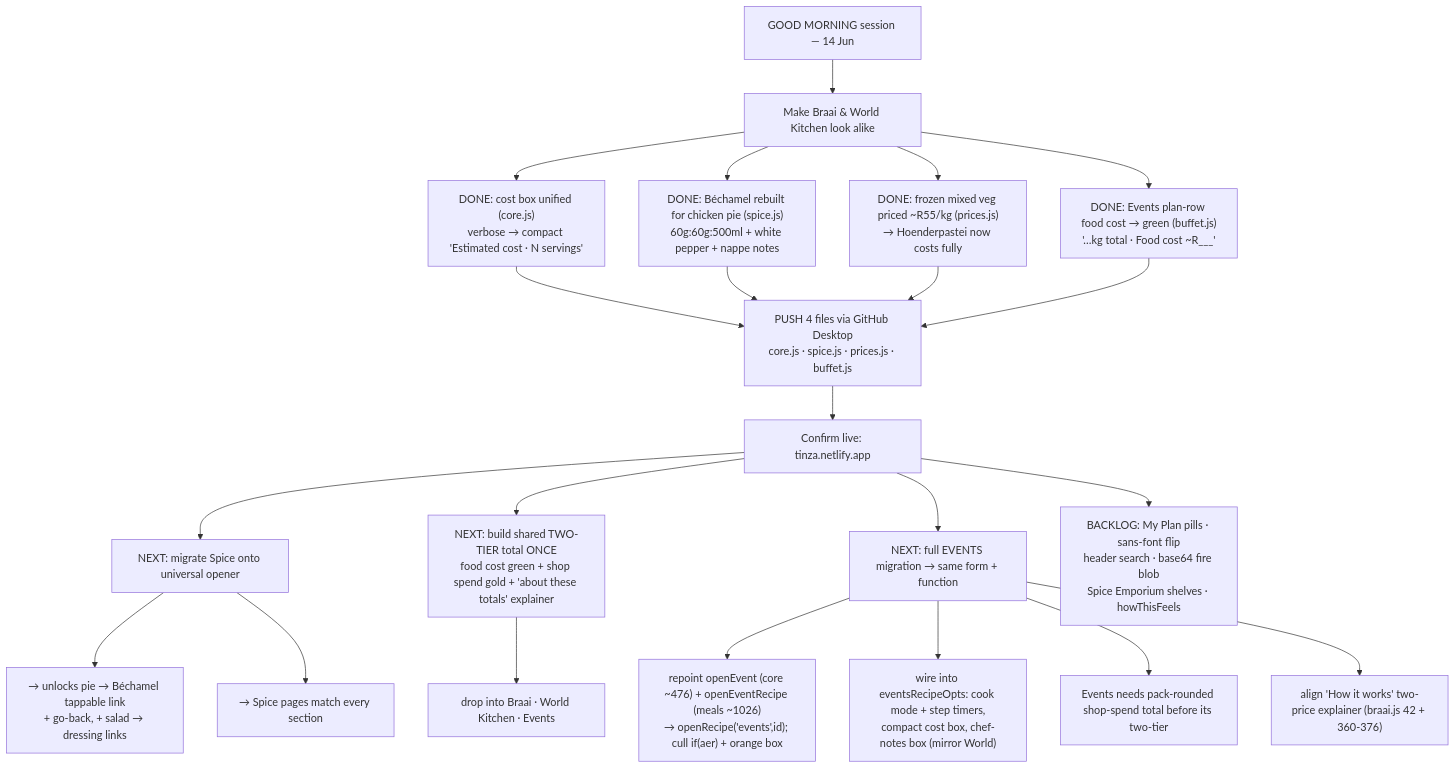
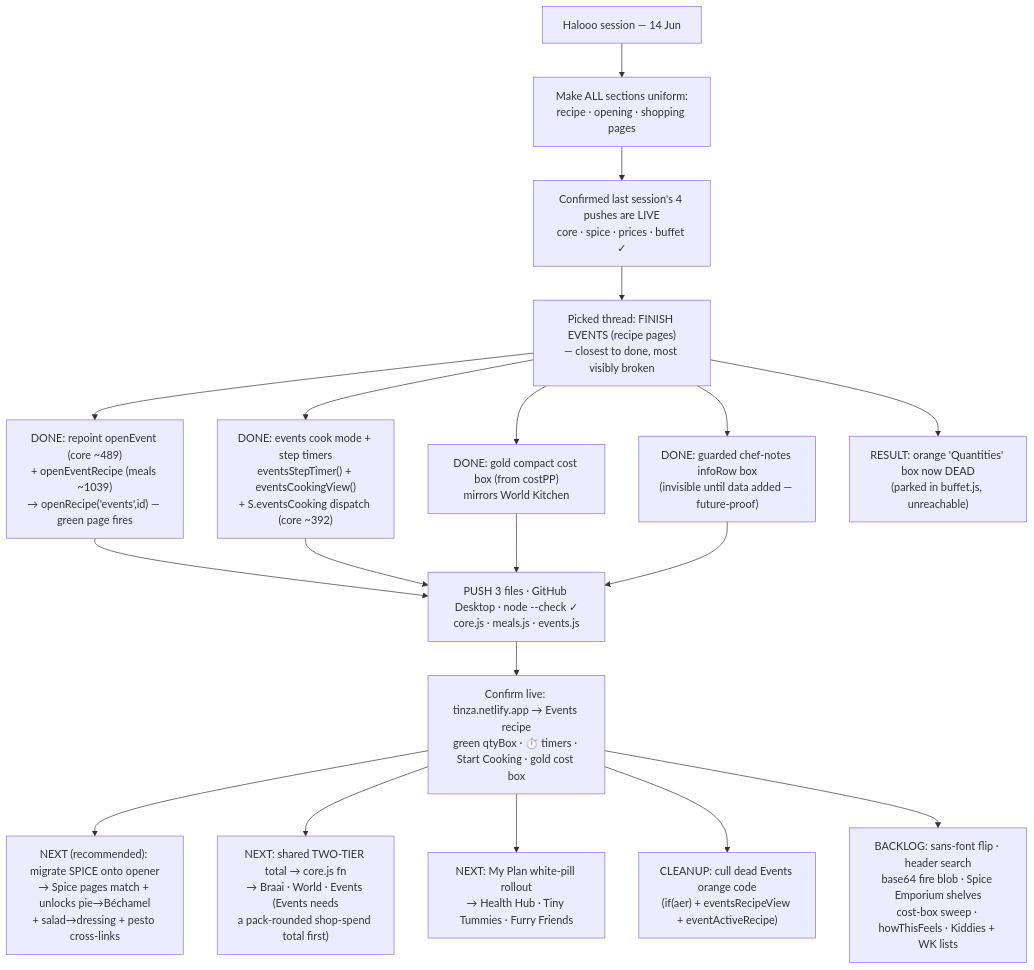
The diagram in TINZA_HANDOFF.md (tinavdw/tinza), drawn with Mermaid before and after one commit. The commit also changed other lines of this file and 3 other files, not shown here.

````diff
--- a/TINZA_HANDOFF.md
+++ b/TINZA_HANDOFF.md
@@ -83,31 +69,25 @@
 ```mermaid
 flowchart TD
-    A["GOOD MORNING session — 14 Jun"] --> B["Make Braai & World Kitchen look alike"]
+    A["Halooo session — 14 Jun"] --> B["Make ALL sections uniform:<br/>recipe · opening · shopping pages"]
+    B --> CHK["Confirmed last session's 4 pushes are LIVE<br/>core · spice · prices · buffet ✓"]
+    CHK --> PICK["Picked thread: FINISH EVENTS (recipe pages)<br/>— closest to done, most visibly broken"]
 
-    B --> C["DONE: cost box unified (core.js)<br/>verbose → compact 'Estimated cost · N servings'"]
-    B --> D["DONE: Béchamel rebuilt for chicken pie (spice.js)<br/>60g:60g:500ml + white pepper + nappe notes"]
-    B --> E["DONE: frozen mixed veg priced ~R55/kg (prices.js)<br/>→ Hoenderpastei now costs fully"]
+    PICK --> D1["DONE: repoint openEvent (core ~489)<br/>+ openEventRecipe (meals ~1039)<br/>→ openRecipe('events',id) — green page fires"]
+    PICK --> D2["DONE: events cook mode + step timers<br/>eventsStepTimer() + eventsCookingView()<br/>+ S.eventsCooking dispatch (core ~392)"]
+    PICK --> D3["DONE: gold compact cost box (from costPP)<br/>mirrors World Kitchen"]
+    PICK --> D4["DONE: guarded chef-notes infoRow box<br/>(invisible until data added — future-proof)"]
+    PICK --> D5["RESULT: orange 'Quantities' box now DEAD<br/>(parked in buffet.js, unreachable)"]
 
-    P["PUSH 4 files via GitHub Desktop<br/>core.js · spice.js · prices.js · buffet.js"]
-    C --> P
-    D --> P
-    E --> P
-    F["DONE: Events plan-row food cost → green (buffet.js)<br/>'…kg total · Food cost ~R___'"] --> P
-    B --> F
-    P --> V["Confirm live: tinza.netlify.app"]
+    D1 --> P["PUSH 3 files · GitHub Desktop · node --check ✓<br/>core.js · meals.js · events.js"]
+    D2 --> P
+    D3 --> P
+    D4 --> P
+    P --> V["Confirm live: tinza.netlify.app → Events recipe<br/>green qtyBox · ⏱️ timers · Start Cooking · gold cost box"]
 
-    V --> N1["NEXT: migrate Spice onto universal opener"]
-    N1 --> N2["→ unlocks pie → Béchamel tappable link<br/>+ go-back, + salad → dressing links"]
-    N1 --> N3["→ Spice pages match every section"]
+    V --> N1["NEXT (recommended): migrate SPICE onto opener<br/>→ Spice pages match + unlocks pie→Béchamel<br/>+ salad→dressing + pesto cross-links"]
+    V --> N2["NEXT: shared TWO-TIER total → core.js fn<br/>→ Braai · World · Events (Events needs<br/>a pack-rounded shop-spend total first)"]
+    V --> N3["NEXT: My Plan white-pill rollout<br/>→ Health Hub · Tiny Tummies · Furry Friends"]
+    V --> N4["CLEANUP: cull dead Events orange code<br/>(if(aer) + eventsRecipeView + eventActiveRecipe)"]
 
-    V --> T["NEXT: build shared TWO-TIER total ONCE<br/>food cost green + shop spend gold + 'about these totals' explainer"]
-    T --> T2["drop into Braai · World Kitchen · Events"]
-
-    V --> EV["NEXT: full EVENTS migration → same form + function"]
-    EV --> EV1["repoint openEvent (core ~476) + openEventRecipe (meals ~1026)<br/>→ openRecipe('events',id); cull if(aer) + orange box"]
-    EV --> EV2["wire into eventsRecipeOpts: cook mode + step timers,<br/>compact cost box, chef-notes box (mirror World)"]
-    EV --> EV3["Events needs pack-rounded shop-spend total before its two-tier"]
-    EV --> EV4["align 'How it works' two-price explainer (braai.js 42 + 360-376)"]
-
-    V --> BL["BACKLOG: My Plan pills · sans-font flip<br/>header search · base64 fire blob<br/>Spice Emporium shelves · howThisFeels"]
+    V --> BL["BACKLOG: sans-font flip · header search<br/>base64 fire blob · Spice Emporium shelves<br/>cost-box sweep · howThisFeels · Kiddies + WK lists"]
 ```
````
